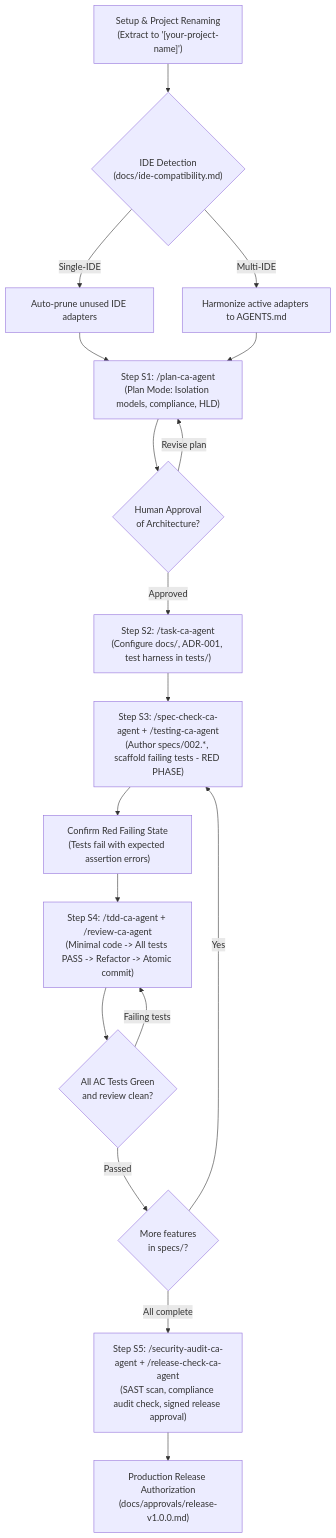
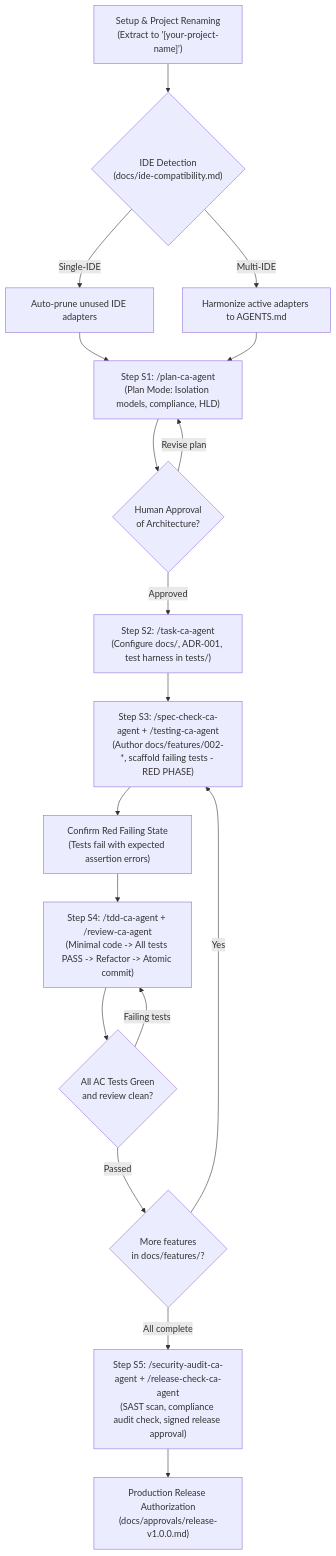
One commit to rmsofficialsyt/Agentic-AI-Vibe-Coding-AND-SDD-TDD-Codebase-Chandan-Adhikary changed the diagram in SDD-TDD-Custom-Slash-Command-Universal.md. Above: the diagram before and after it, drawn with Mermaid. The commit also changed other lines of this file and 223 other files, not shown here.

````diff
--- a/SDD-TDD-Custom-Slash-Command-Universal.md
+++ b/SDD-TDD-Custom-Slash-Command-Universal.md
@@ -173,25 +167,25 @@
 ```mermaid
 flowchart TD
     SetupS["Setup & Project Renaming<br/>(Extract to '[your-project-name]')"] --> IDEDetectS{"IDE Detection<br/>(docs/ide-compatibility.md)"}
     IDEDetectS -->|"Single-IDE"| PruneS["Auto-prune unused IDE adapters"]
     IDEDetectS -->|"Multi-IDE"| SyncS["Harmonize active adapters to AGENTS.md"]
     
     PruneS --> PS1["Step S1: /plan-ca-agent<br/>(Plan Mode: Isolation models, compliance, HLD)"]
     SyncS --> PS1
     
     PS1 --> HumanS1{"Human Approval<br/>of Architecture?"}
     HumanS1 -->|"Revise plan"| PS1
     HumanS1 -->|"Approved"| PS2["Step S2: /task-ca-agent<br/>(Configure docs/, ADR-001, test harness in tests/)"]
     
-    PS2 --> PS3["Step S3: /spec-check-ca-agent + /testing-ca-agent<br/>(Author specs/002.*, scaffold failing tests - RED PHASE)"]
+    PS2 --> PS3["Step S3: /spec-check-ca-agent + /testing-ca-agent<br/>(Author docs/features/002-*, scaffold failing tests - RED PHASE)"]
     PS3 --> RedPhase["Confirm Red Failing State<br/>(Tests fail with expected assertion errors)"]
     
     RedPhase --> PS4["Step S4: /tdd-ca-agent + /review-ca-agent<br/>(Minimal code -> All tests PASS -> Refactor -> Atomic commit)"]
     PS4 --> GateCheck{"All AC Tests Green<br/>and review clean?"}
     GateCheck -->|"Failing tests"| PS4
-    GateCheck -->|"Passed"| NextFeature{"More features<br/>in specs/?"}
+    GateCheck -->|"Passed"| NextFeature{"More features<br/>in docs/features/?"}
     NextFeature -->|"Yes"| PS3
     NextFeature -->|"All complete"| PS5["Step S5: /security-audit-ca-agent + /release-check-ca-agent<br/>(SAST scan, compliance audit check, signed release approval)"]
     
     PS5 --> ReleaseS["Production Release Authorization<br/>(docs/approvals/release-v1.0.0.md)"]
 ```
````
